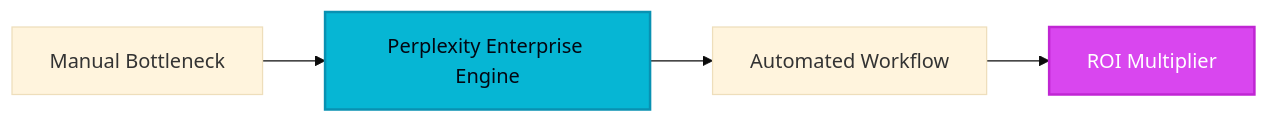
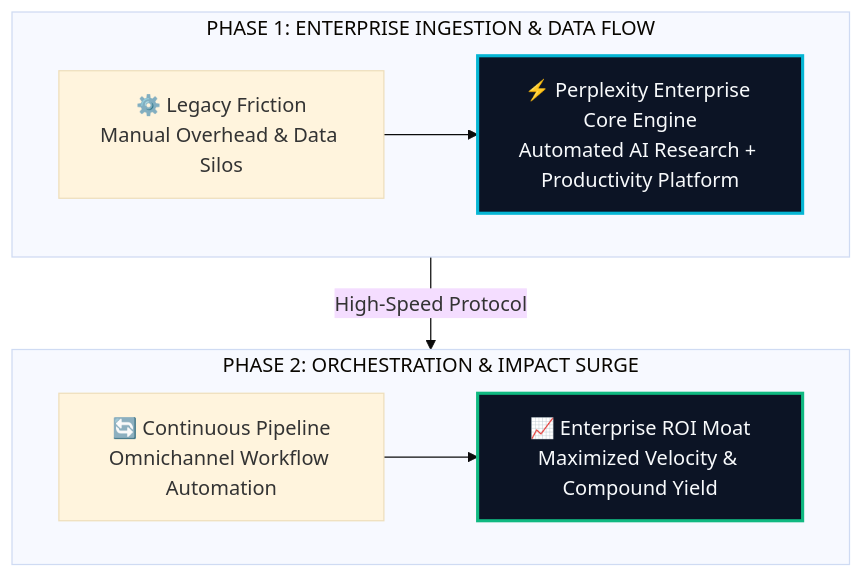
The diagram in site/src/content/blog/perplexity-enterprise-evolution-guide-2026.md (heliatech-media/saas-radar), drawn with Mermaid (base theme) before and after one commit. The commit also changed 97 other files, not shown here.

First line of the commit message:
feat(diagrams): upgrade all article architecture schemas to high-impact 2-tier responsive vector blueprints

````diff
--- a/site/src/content/blog/perplexity-enterprise-evolution-guide-2026.md
+++ b/site/src/content/blog/perplexity-enterprise-evolution-guide-2026.md
@@ -62,8 +62,14 @@
 ```mermaid
-flowchart LR
-    A[Manual Bottleneck] --> B[Perplexity Enterprise Engine]
-    B --> C[Automated Workflow]
-    C --> D[ROI Multiplier]
-    style B fill:#06b6d4,stroke:#0891b2,stroke-width:2px,color:#030712
-    style D fill:#d946ef,stroke:#c026d3,stroke-width:2px,color:#ffffff
+flowchart TD
+    subgraph S1["PHASE 1: ENTERPRISE INGESTION & DATA FLOW"]
+        direction LR
+        A["⚙️ Legacy Friction<br/>Manual Overhead & Data Silos"] --> B["⚡ Perplexity Enterprise Core Engine<br/>Automated AI Research + Productivity Platform"]
+    end
+    subgraph S2["PHASE 2: ORCHESTRATION & IMPACT SURGE"]
+        direction LR
+        C["🔄 Continuous Pipeline<br/>Omnichannel Workflow Automation"] --> D["📈 Enterprise ROI Moat<br/>Maximized Velocity & Compound Yield"]
+    end
+    S1 -->|High-Speed Protocol| S2
+    style B fill:#0c1425,stroke:#06b6d4,stroke-width:2.5px,color:#f8fafc
+    style D fill:#0c1425,stroke:#10b981,stroke-width:2.5px,color:#f8fafc
 ```
````
